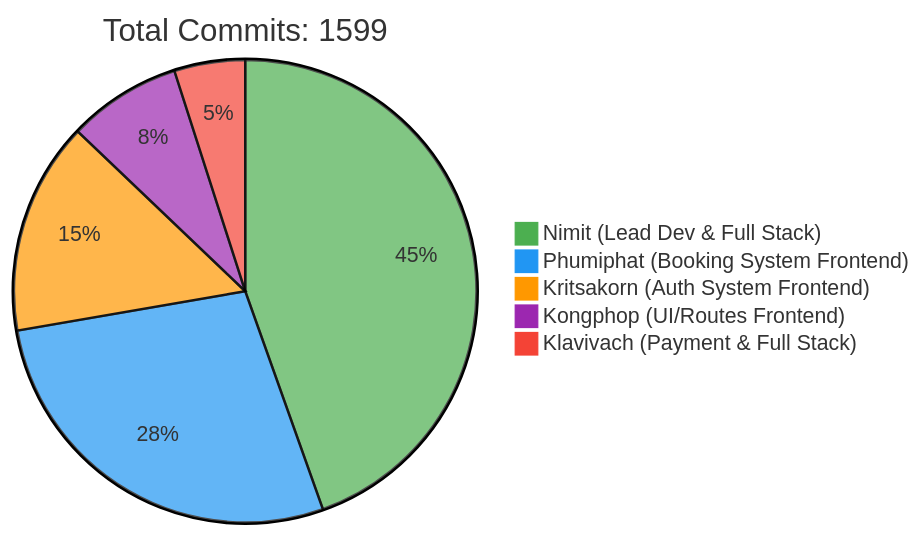
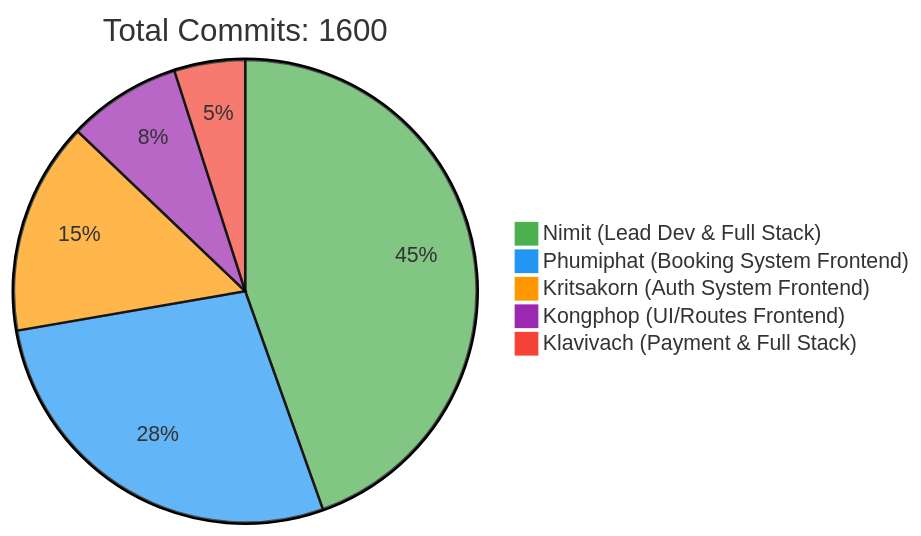
One commit to 6531503042/Sport-Complex changed the first of 2 diagrams in README.md. Above: the diagram before and after it, drawn with Mermaid. The commit also changed other lines of this file, not shown here.

Commit message:
docs: Update contributor statistics [skip ci]

````diff
--- a/README.md
+++ b/README.md
@@ -257,10 +257,10 @@
 ```mermaid
 %%{init: {'theme': 'base', 'themeVariables': { 'pie1': '#4CAF50', 'pie2': '#2196F3', 'pie3': '#FF9800', 'pie4': '#9C27B0', 'pie5': '#F44336'}}}%%
 pie
-    title Total Commits: 1599
+    title Total Commits: 1600
     "Nimit (Lead Dev & Full Stack)" : 450
     "Phumiphat (Booking System Frontend)" : 280
     "Kritsakorn (Auth System Frontend)" : 150
     "Kongphop (UI/Routes Frontend)" : 80
     "Klavivach (Payment & Full Stack)" : 50
 ```
````
